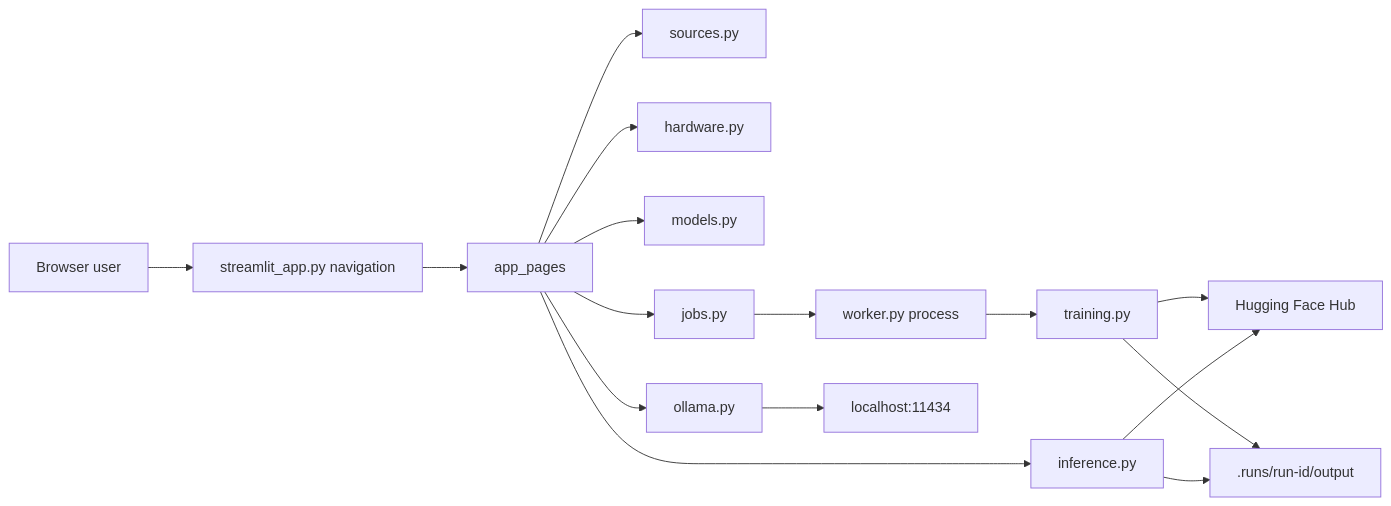
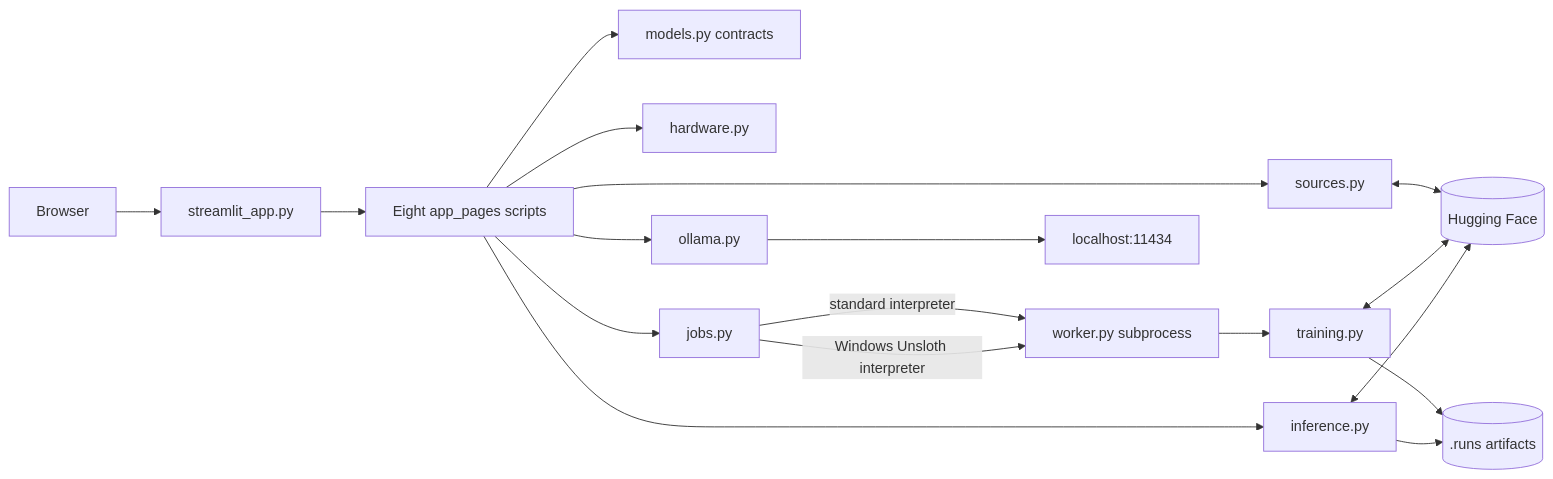
One commit to pypi-ahmad/lora-qlora-fine-tuning-app changed the first of 3 diagrams in TECHNICAL.md. Above: the diagram before and after it, drawn with Mermaid. The commit also changed other lines of this file and 43 other files, not shown here.

````diff
--- a/TECHNICAL.md
+++ b/TECHNICAL.md
@@ -31,18 +104,20 @@
 ```mermaid
 flowchart LR
-    User[Browser user] --> UI[streamlit_app.py navigation]
-    UI --> Pages[app_pages]
+    User[Browser] --> Entry[streamlit_app.py]
+    Entry --> Pages[Eight app_pages scripts]
+    Pages --> Contracts[models.py contracts]
     Pages --> Sources[sources.py]
     Pages --> Hardware[hardware.py]
-    Pages --> Contracts[models.py]
     Pages --> Jobs[jobs.py]
-    Jobs --> Worker[worker.py process]
+    Jobs -->|standard interpreter| Worker[worker.py subprocess]
+    Jobs -->|Windows Unsloth interpreter| Worker
     Worker --> Training[training.py]
-    Training --> HF[Hugging Face Hub]
-    Training --> Runs[.runs/run-id/output]
+    Sources <--> HF[(Hugging Face)]
+    Training <--> HF
+    Training --> Runs[(.runs artifacts)]
     Pages --> Inference[inference.py]
     Inference --> Runs
-    Inference --> HF
+    Inference <--> HF
     Pages --> Ollama[ollama.py]
     Ollama --> LocalOllama[localhost:11434]
 ```
````
